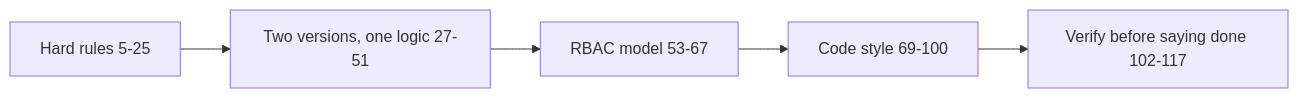
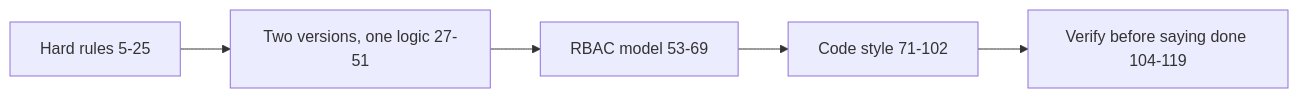
The diagram in snowflake-access-explorer-knowledge-graph/documents/claude-md.md (darshanmeel/snowflake-access-explorer), drawn with Mermaid before and after one commit. The commit also changed other lines of this file and 97 other files, not shown here.

First line of the commit message:
Knowledge graph: updated for 80 commits (read levels, object inventory, object activity, graph focus, risks, Home)

````diff
--- a/snowflake-access-explorer-knowledge-graph/documents/claude-md.md
+++ b/snowflake-access-explorer-knowledge-graph/documents/claude-md.md
@@ -4,7 +4,7 @@
 ```mermaid
 flowchart LR
   H[Hard rules 5-25] --> V[Two versions, one logic 27-51]
-  V --> R[RBAC model 53-67]
-  R --> C[Code style 69-100]
-  C --> X[Verify before saying done 102-117]
+  V --> R[RBAC model 53-69]
+  R --> C[Code style 71-102]
+  C --> X[Verify before saying done 104-119]
 ```
````
